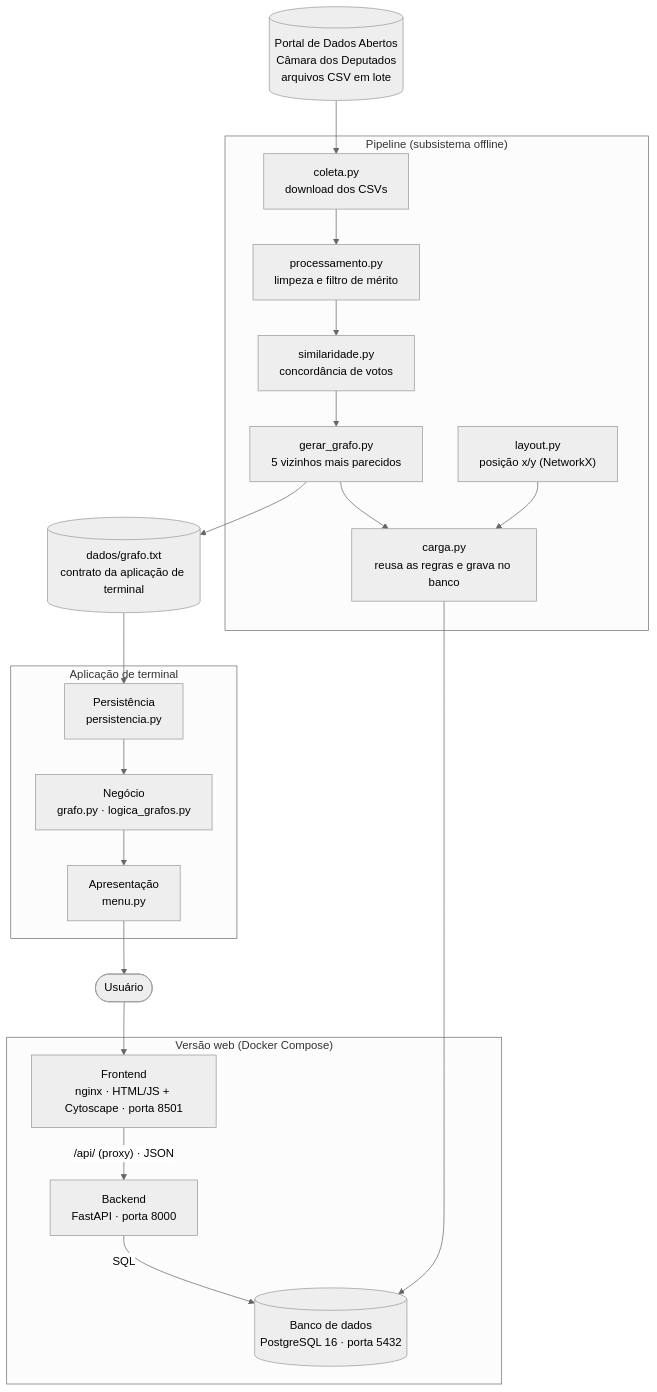
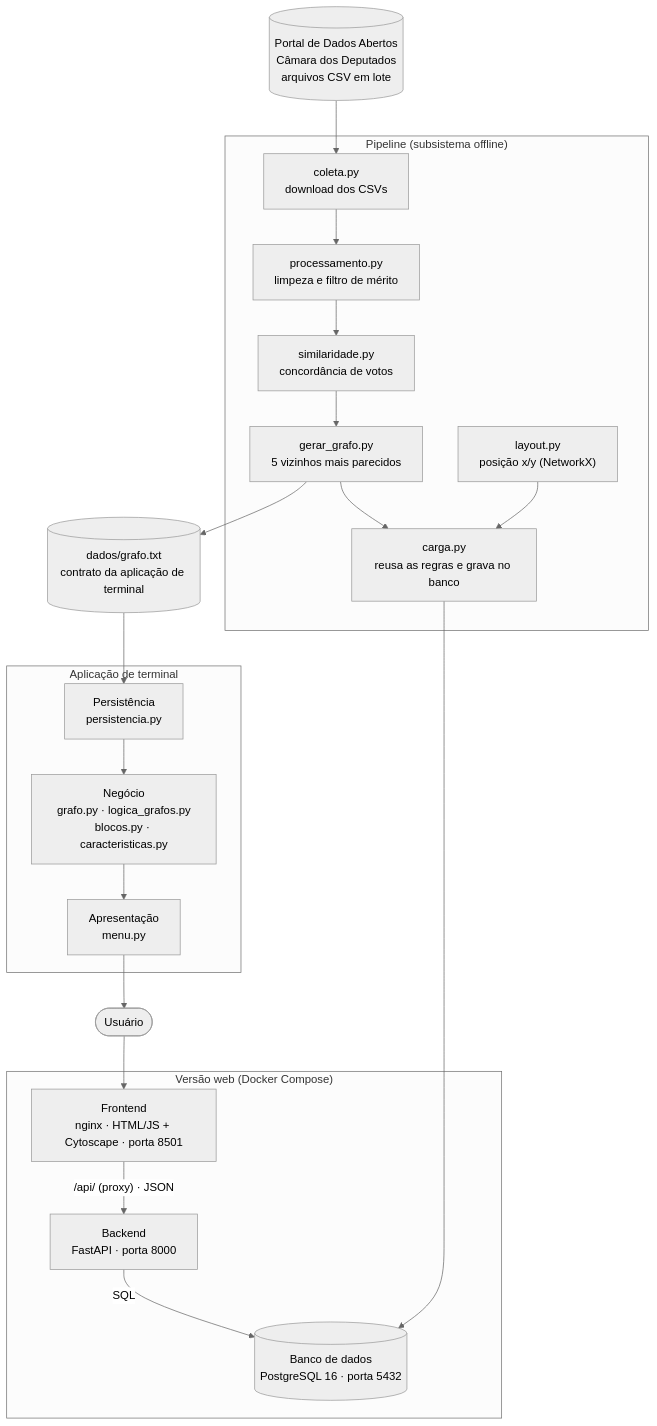
One commit to hissapinto/o-gabinete changed the third of 3 diagrams in README.md. Above: the diagram before and after it, drawn with Mermaid (neutral theme). The commit also changed other lines of this file and 9 other files, not shown here.

First line of the commit message:
Parte 3 de Teoria dos Grafos: blocos de votacao e caracteristicas do grafo

````diff
--- a/README.md
+++ b/README.md
@@ -429,35 +429,35 @@
 ```mermaid
 flowchart TB
     A[("Portal de Dados Abertos<br/>Câmara dos Deputados<br/>arquivos CSV em lote")]
 
     subgraph Pipeline["Pipeline (subsistema offline)"]
         B["coleta.py<br/>download dos CSVs"]
         B2["processamento.py<br/>limpeza e filtro de mérito"]
         C["similaridade.py<br/>concordância de votos"]
         D["gerar_grafo.py<br/>5 vizinhos mais parecidos"]
         L["layout.py<br/>posição x/y (NetworkX)"]
         I["carga.py<br/>reusa as regras e grava no banco"]
     end
 
     E[("dados/grafo.txt<br/>contrato da aplicação de terminal")]
 
     subgraph Terminal["Aplicação de terminal"]
         F["Persistência<br/>persistencia.py"]
-        G["Negócio<br/>grafo.py · logica_grafos.py"]
+        G["Negócio<br/>grafo.py · logica_grafos.py<br/>blocos.py · caracteristicas.py"]
         H["Apresentação<br/>menu.py"]
     end
 
     subgraph Web["Versão web (Docker Compose)"]
         W1["Frontend<br/>nginx · HTML/JS + Cytoscape · porta 8501"]
         W2["Backend<br/>FastAPI · porta 8000"]
         W3[("Banco de dados<br/>PostgreSQL 16 · porta 5432")]
     end
 
     Usuario(["Usuário"])
 
     A --> B --> B2 --> C --> D --> E
     D --> I --> W3
     L --> I
     E --> F --> G --> H --> Usuario
     Usuario --> W1 -->|"/api/ (proxy) · JSON"| W2 -->|SQL| W3
 ```
````
